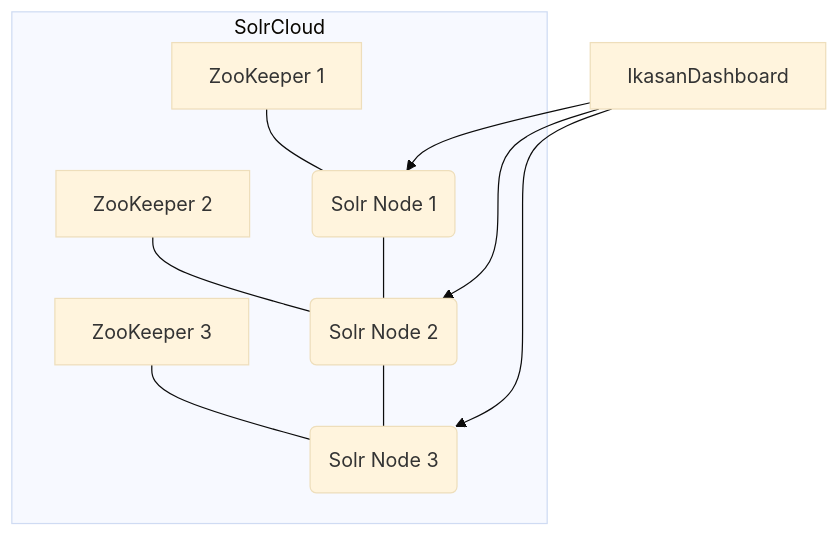
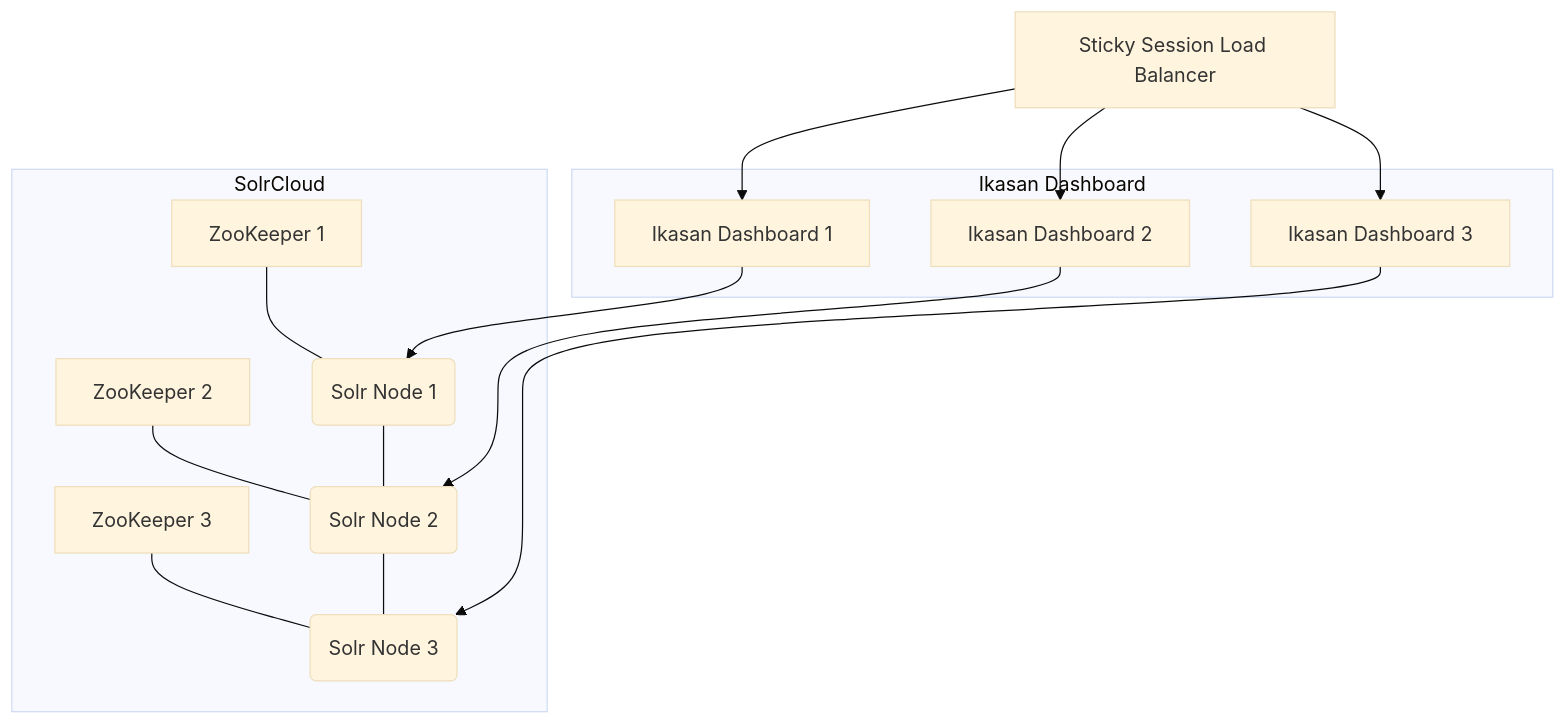
One commit to ikasanEIP/ikasan changed the first of 2 diagrams in ikasaneip/developer/docs/roadmap/Readme.md. Above: the diagram before and after it, drawn with Mermaid (base theme).

Commit message:
IKASAN-2597 adding locad balancer to SOLR cloud diagram

````diff
--- a/ikasaneip/developer/docs/roadmap/Readme.md
+++ b/ikasaneip/developer/docs/roadmap/Readme.md
@@ -196,13 +196,19 @@
     ```mermaid
     graph TD
         subgraph SolrCloud
             Z1[ZooKeeper 1] --- S1(Solr Node 1)
             Z2[ZooKeeper 2] --- S2(Solr Node 2)
             Z3[ZooKeeper 3] --- S3(Solr Node 3)
             S1 --- S2
             S2 --- S3
         end
-        IkasanDashboard --> S1
-        IkasanDashboard --> S2
-        IkasanDashboard --> S3
+        subgraph Ikasan Dashboard
+            ID1[Ikasan Dashboard 1] --> S1
+            ID2[Ikasan Dashboard 2] --> S2
+            ID3[Ikasan Dashboard 3] --> S3
+        end
+        LB[Sticky Session Load Balancer]
+        LB --> ID1
+        LB --> ID2
+        LB --> ID3
     ```
````
